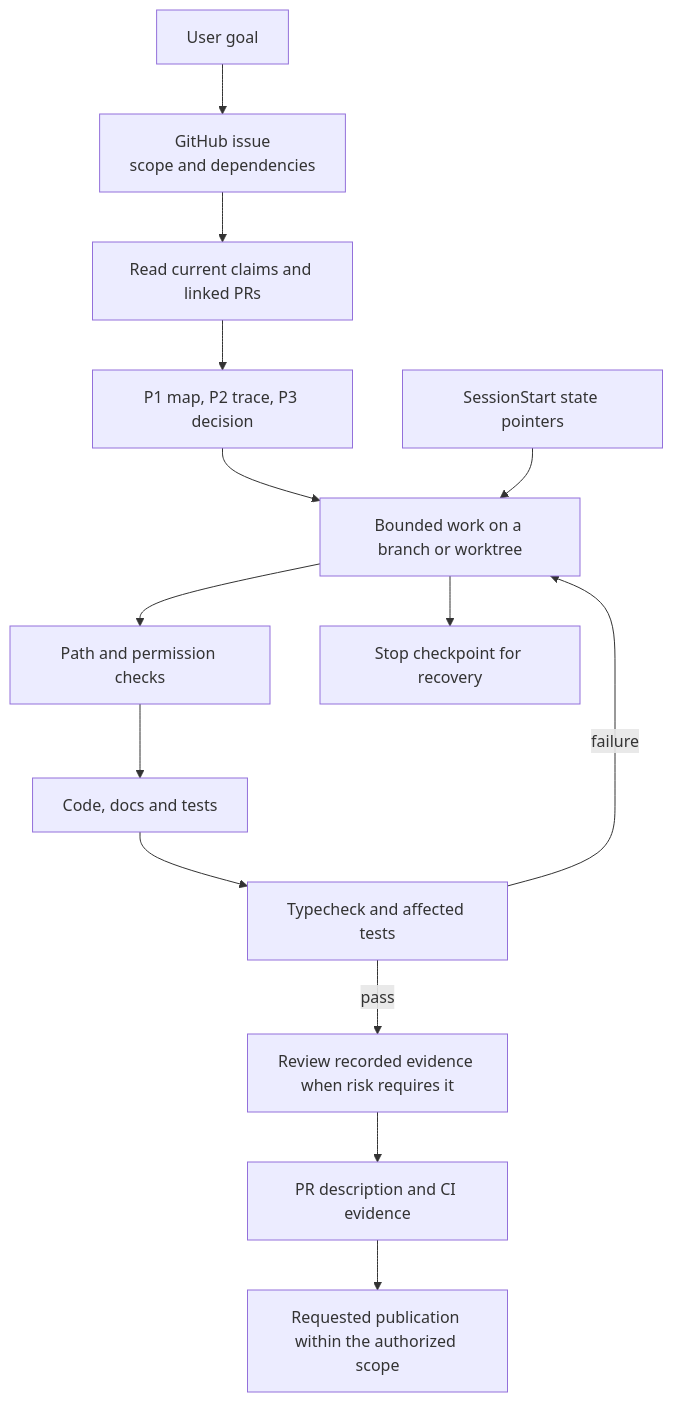
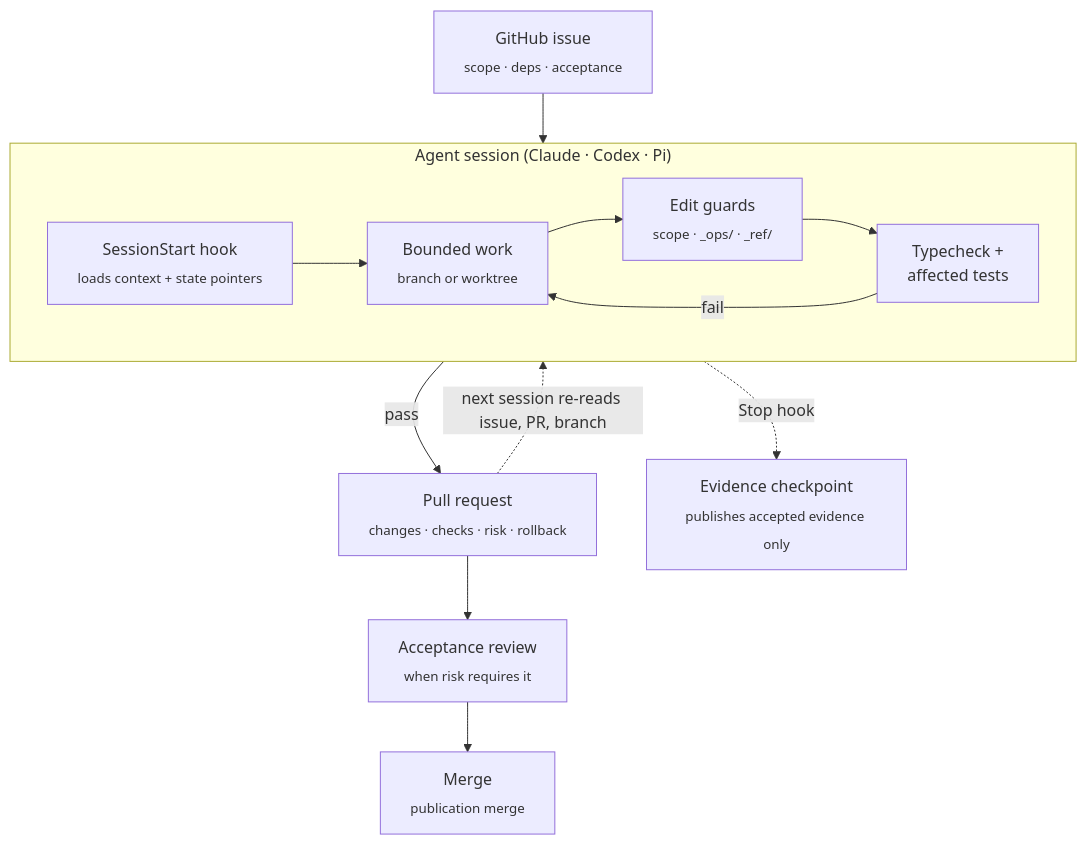
Before and after one commit to Ancienttwo/repo-harness: the first of 3 diagrams in README.md, drawn with Mermaid. The commit also changed other lines of this file and 4 other files, not shown here.

````diff
--- a/README.md
+++ b/README.md
@@ -283,16 +105,16 @@
 ```mermaid
-flowchart TD
-  Goal["User goal"] --> Issue["GitHub issue<br/>scope and dependencies"]
-  Issue --> Claim["Read current claims and linked PRs"]
-  Claim --> Trace["P1 map, P2 trace, P3 decision"]
-  Trace --> Work["Bounded work on a branch or worktree"]
-  Work --> Guard["Path and permission checks"]
-  Guard --> Change["Code, docs and tests"]
-  Change --> Verify["Typecheck and affected tests"]
-  Verify -->|failure| Work
-  Verify -->|pass| Review["Review recorded evidence when risk requires it"]
-  Review --> PR["PR description and CI evidence"]
-  PR --> Publish["Requested publication within the authorized scope"]
-  Context["SessionStart state pointers"] --> Work
-  Work --> Handoff["Stop checkpoint for recovery"]
+flowchart TB
+  Issue["GitHub issue<br/><sub>scope · deps · acceptance</sub>"] --> Start
+  subgraph Session["Agent session (Claude · Codex · Pi)"]
+    direction LR
+    Start["SessionStart hook<br/><sub>loads context + state pointers</sub>"] --> Work["Bounded work<br/><sub>branch or worktree</sub>"]
+    Work --> Guard["Edit guards<br/><sub>scope · _ops/ · _ref/</sub>"]
+    Guard --> Verify["Typecheck +<br/>affected tests"]
+    Verify -->|fail| Work
+  end
+  Verify -->|pass| PR["Pull request<br/><sub>changes · checks · risk · rollback</sub>"]
+  PR --> Review["Acceptance review<br/><sub>when risk requires it</sub>"]
+  Review --> Merge["Merge<br/><sub>publication merge</sub>"]
+  Work -. Stop hook .-> Checkpoint["Evidence checkpoint<br/><sub>publishes accepted evidence only</sub>"]
+  PR -. next session re-reads issue, PR, branch .-> Start
 ```
````
